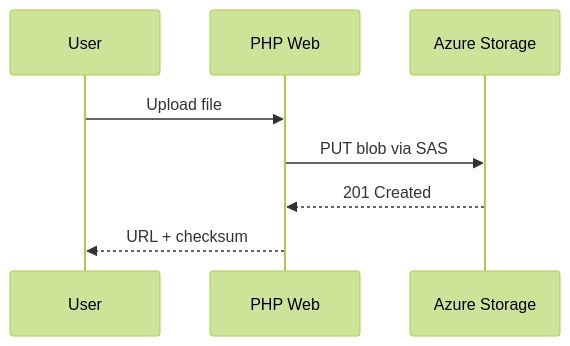
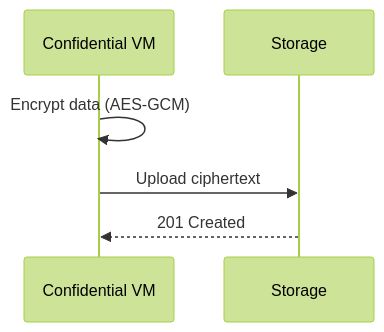
One commit to heisthesisko/azure-se-bootcamp changed the second of 2 diagrams in Azure_Storage/modules/Module19-Confidential_Storage_(Preview).md. Above: the diagram before and after it, drawn with Mermaid (forest theme). The commit also changed other lines of this file and 213 other files, not shown here.

````diff
--- a/Azure_Storage/modules/Module19-Confidential_Storage_(Preview).md
+++ b/Azure_Storage/modules/Module19-Confidential_Storage_(Preview).md
@@ -34,10 +21,8 @@
 ```mermaid
 sequenceDiagram
-  participant User
-  participant Web as PHP Web
-  participant SA as Azure Storage
-  User->>Web: Upload file
-  Web->>SA: PUT blob via SAS
-  SA-->>Web: 201 Created
-  Web-->>User: URL + checksum
+  participant CVM as Confidential VM
+  participant SA as Storage
+  CVM->>CVM: Encrypt data (AES-GCM)
+  CVM->>SA: Upload ciphertext
+  SA-->>CVM: 201 Created
 ```
````
